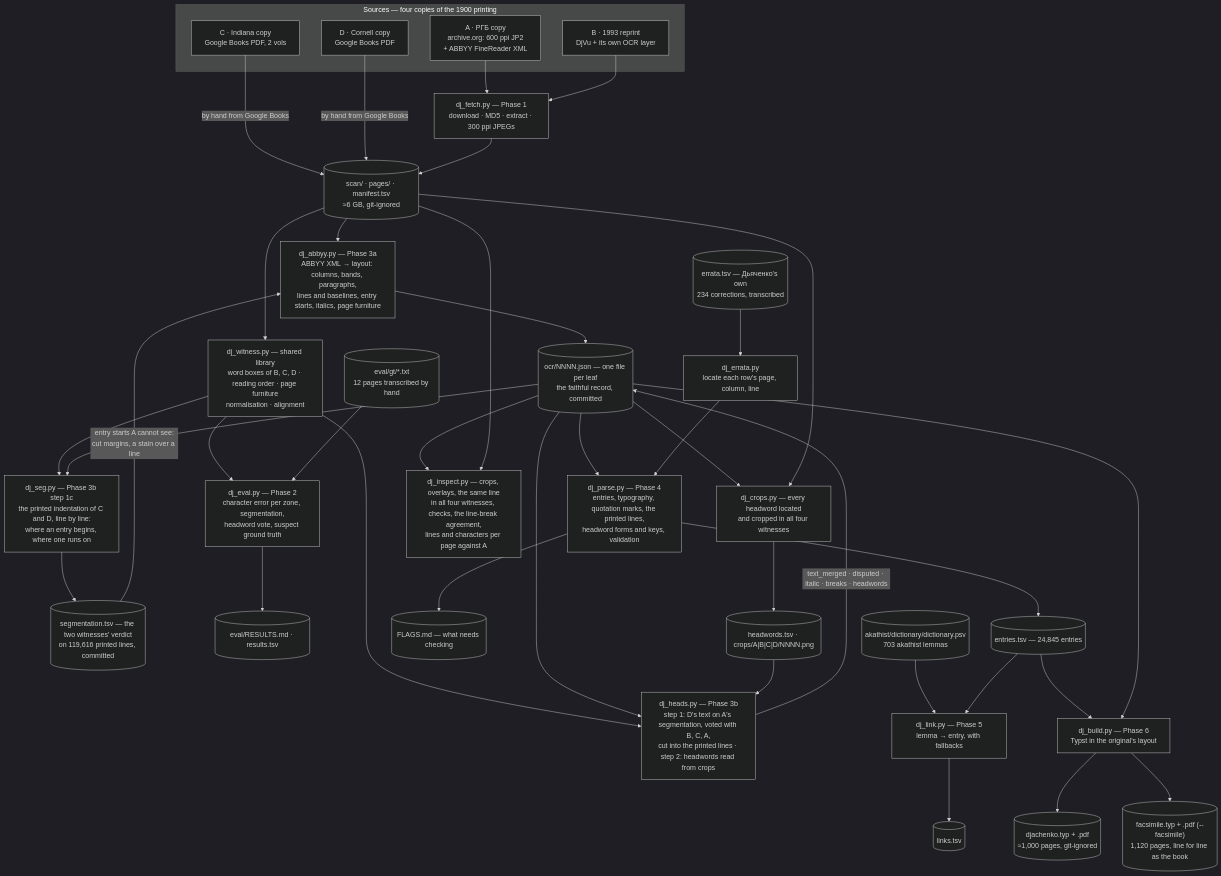
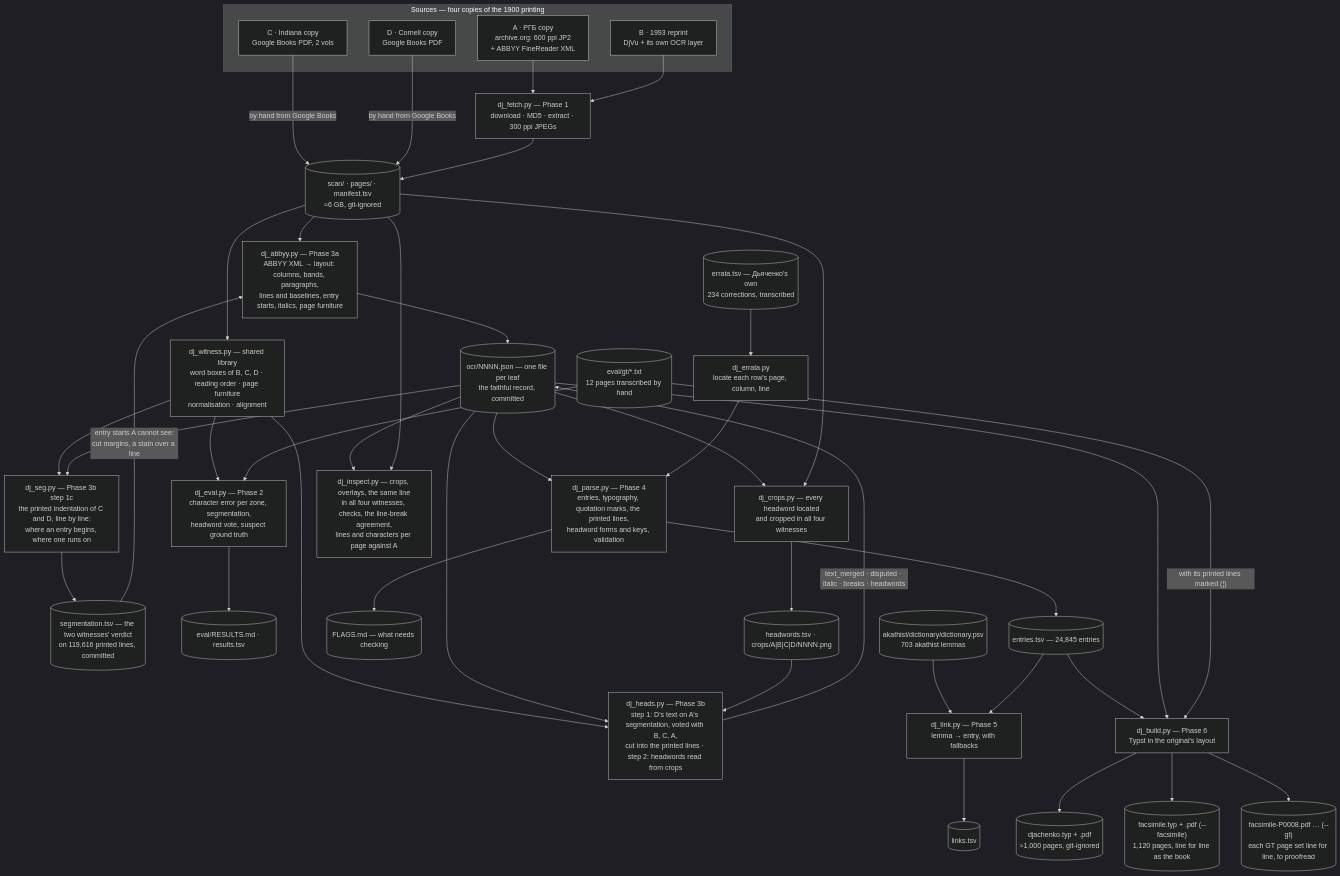
The diagram in README.md (pancakescrawlspace/akafist), drawn with Mermaid (dark theme) before and after one commit. The commit also changed other lines of this file and 21 other files, not shown here.

First line of the commit message:
Дьяченко: the ground truth's printed lines marked (¦), and each GT page as a facsimile page

````diff
--- a/README.md
+++ b/README.md
@@ -181,56 +181,58 @@
 ```mermaid
 flowchart TD
     subgraph SRC["Sources — four copies of the 1900 printing"]
         WA["A · РГБ copy<br/>archive.org: 600 ppi JP2<br/>+ ABBYY FineReader XML"]
         WB["B · 1993 reprint<br/>DjVu + its own OCR layer"]
         WC["C · Indiana copy<br/>Google Books PDF, 2 vols"]
         WD["D · Cornell copy<br/>Google Books PDF"]
     end
 
     WA --> FETCH["dj_fetch.py — Phase 1<br/>download · MD5 · extract · 300 ppi JPEGs"]
     WB --> FETCH
     WC -- "by hand from Google Books" --> SCAN
     WD -- "by hand from Google Books" --> SCAN
     FETCH --> SCAN[("scan/ · pages/ · manifest.tsv<br/>≈6 GB, git-ignored")]
 
     SCAN --> ABBYY["dj_abbyy.py — Phase 3a<br/>ABBYY XML → layout: columns, bands, paragraphs,<br/>lines and baselines, entry starts, italics, page furniture"]
     ABBYY --> OCRJ[("ocr/NNNN.json — one file per leaf<br/>the faithful record, committed")]
 
     SCAN --> WITLIB["dj_witness.py — shared library<br/>word boxes of B, C, D · reading order · page furniture<br/>normalisation · alignment"]
 
     WITLIB --> HEADS["dj_heads.py — Phase 3b<br/>step 1: D's text on A's segmentation, voted with B, C, A,<br/>cut into the printed lines · step 2: headwords read from crops"]
     OCRJ --> HEADS
     HEADS -- "text_merged · disputed · italic · breaks · headwords" --> OCRJ
 
     WITLIB --> SEG["dj_seg.py — Phase 3b step 1c<br/>the printed indentation of C and D, line by line:<br/>where an entry begins, where one runs on"]
     OCRJ --> SEG
     SEG --> SEGF[("segmentation.tsv — the two witnesses' verdict<br/>on 119,616 printed lines, committed")]
     SEGF -- "entry starts A cannot see:<br/>cut margins, a stain over a line" --> ABBYY
 
     WITLIB --> EVAL["dj_eval.py — Phase 2<br/>character error per zone, segmentation,<br/>headword vote, suspect ground truth"]
     GT[("eval/gt/*.txt<br/>12 pages transcribed by hand")] --> EVAL
     EVAL --> RES[("eval/RESULTS.md · results.tsv")]
 
     OCRJ --> PARSE["dj_parse.py — Phase 4<br/>entries, typography, quotation marks, the printed lines,<br/>headword forms and keys, validation"]
     ERR[("errata.tsv — Дьяченко's own<br/>234 corrections, transcribed")] --> ERRATA["dj_errata.py<br/>locate each row's page, column, line"]
     ERRATA --> PARSE
     PARSE --> ENT[("entries.tsv — 24,845 entries")]
     PARSE --> FLG[("FLAGS.md — what needs checking")]
 
     PSV[("akathist/dictionary/dictionary.psv<br/>703 akathist lemmas")] --> LINK["dj_link.py — Phase 5<br/>lemma → entry, with fallbacks"]
     ENT --> LINK
     LINK --> LNK[("links.tsv")]
 
     ENT --> BUILD["dj_build.py — Phase 6<br/>Typst in the original's layout"]
     BUILD --> PDF[("djachenko.typ + .pdf<br/>≈1,000 pages, git-ignored")]
     OCRJ --> BUILD
     BUILD --> FAC[("facsimile.typ + .pdf (--facsimile)<br/>1,120 pages, line for line as the book")]
+    GT -- "with its printed lines marked (¦)" --> BUILD
+    BUILD --> GTFAC[("facsimile-P0008.pdf … (--gt)<br/>each GT page set line for line, to proofread")]
 
     OCRJ --> CROPS["dj_crops.py — every headword located<br/>and cropped in all four witnesses"]
     SCAN --> CROPS
     CROPS --> HW[("headwords.tsv · crops/A|B|C|D/NNNN.png")]
     HW --> HEADS
 
     OCRJ --> INSP["dj_inspect.py — crops, overlays, the same line<br/>in all four witnesses, checks, the line-break agreement,<br/>lines and characters per page against A"]
     SCAN --> INSP
 ```
````
